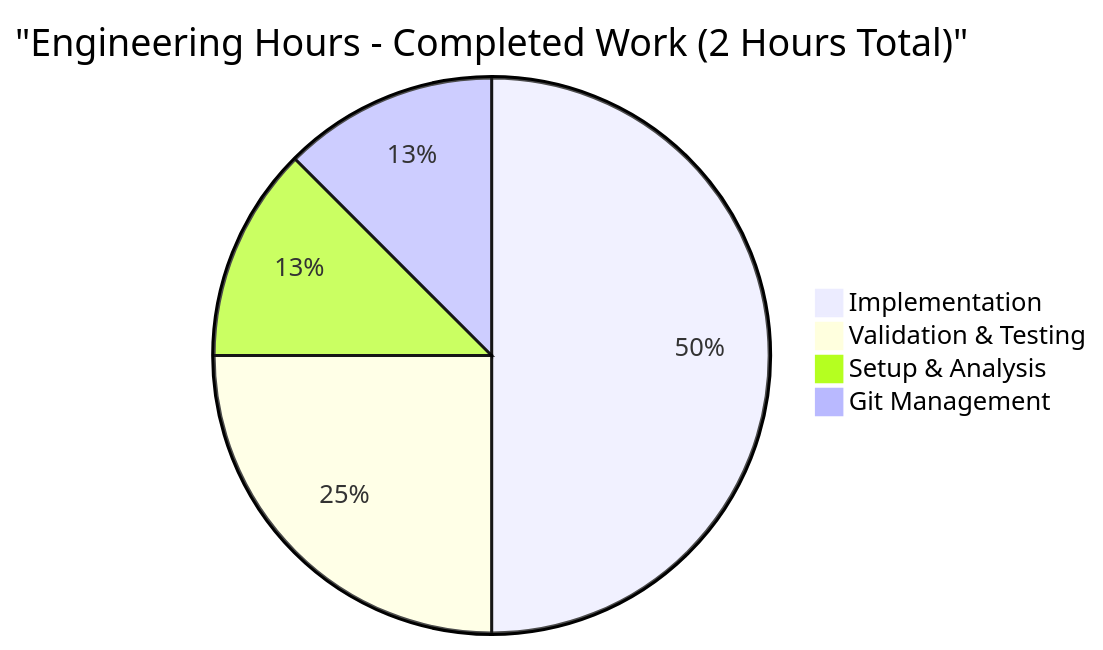
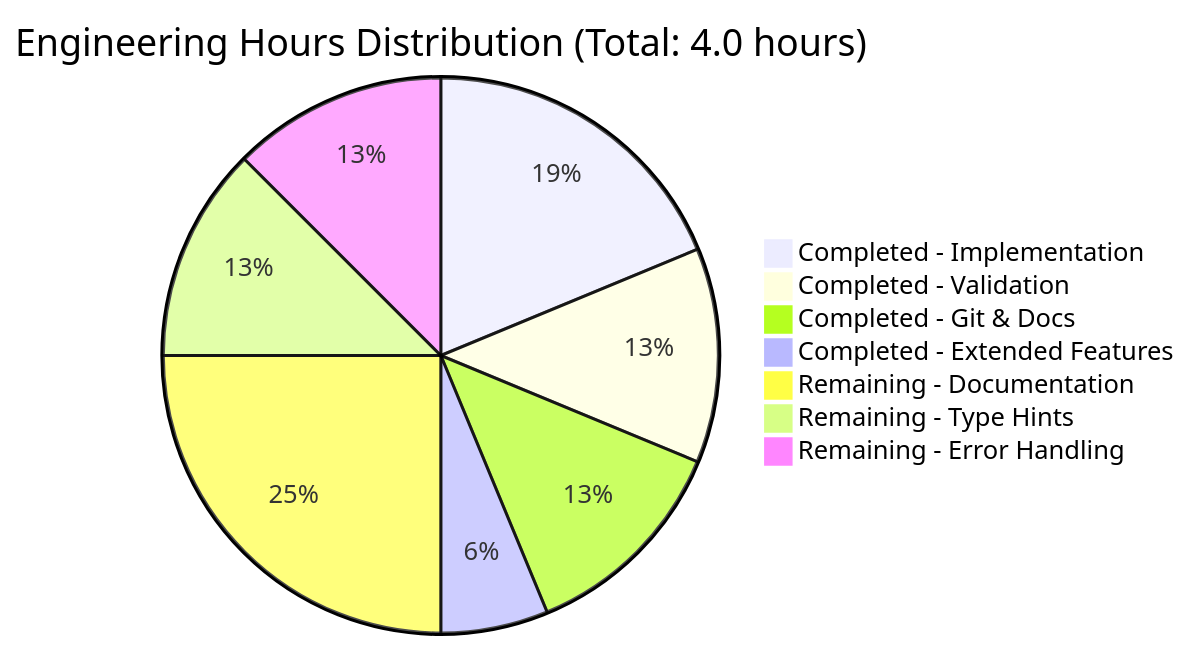
One commit to prasad-blitzy/quick-repo-3 changed the diagram in blitzy/documentation/Project Guide.md. Above: the diagram before and after it, drawn with Mermaid. The commit also changed other lines of this file, not shown here.

Commit message:
Adding Blitzy Project Guide: Project Status and Human Tasks Remaining

````diff
--- a/blitzy/documentation/Project Guide.md
+++ b/blitzy/documentation/Project Guide.md
@@ -72,7 +182,10 @@
 ```mermaid
-pie title "Engineering Hours - Completed Work (2 Hours Total)"
-    "Implementation" : 1.0
-    "Validation & Testing" : 0.5
-    "Setup & Analysis" : 0.25
-    "Git Management" : 0.25
+pie title Engineering Hours Distribution (Total: 4.0 hours)
+    "Completed - Implementation" : 0.75
+    "Completed - Validation" : 0.5
+    "Completed - Git & Docs" : 0.5
+    "Completed - Extended Features" : 0.25
+    "Remaining - Documentation" : 1.0
+    "Remaining - Type Hints" : 0.5
+    "Remaining - Error Handling" : 0.5
 ```
````
